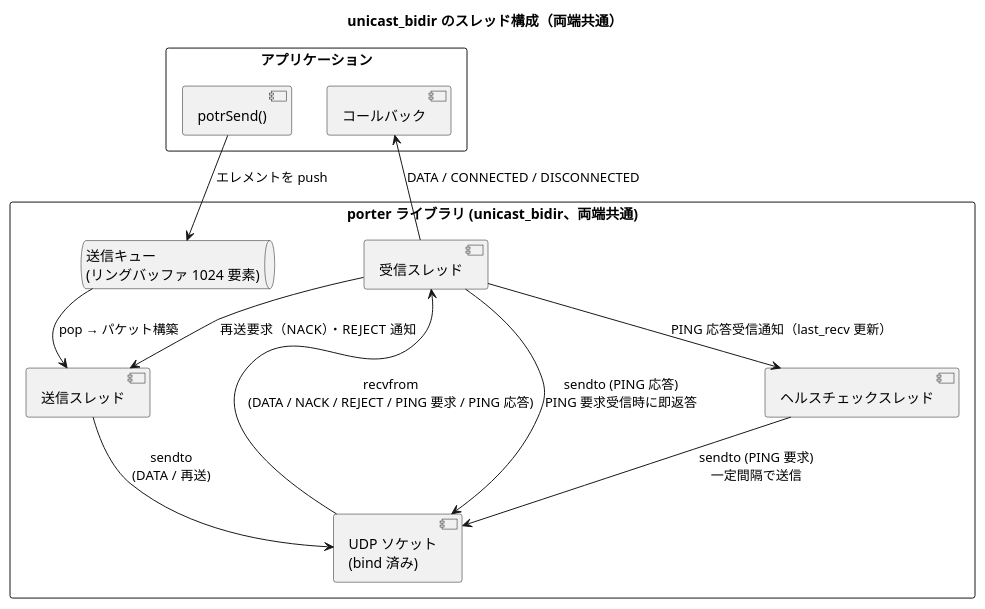
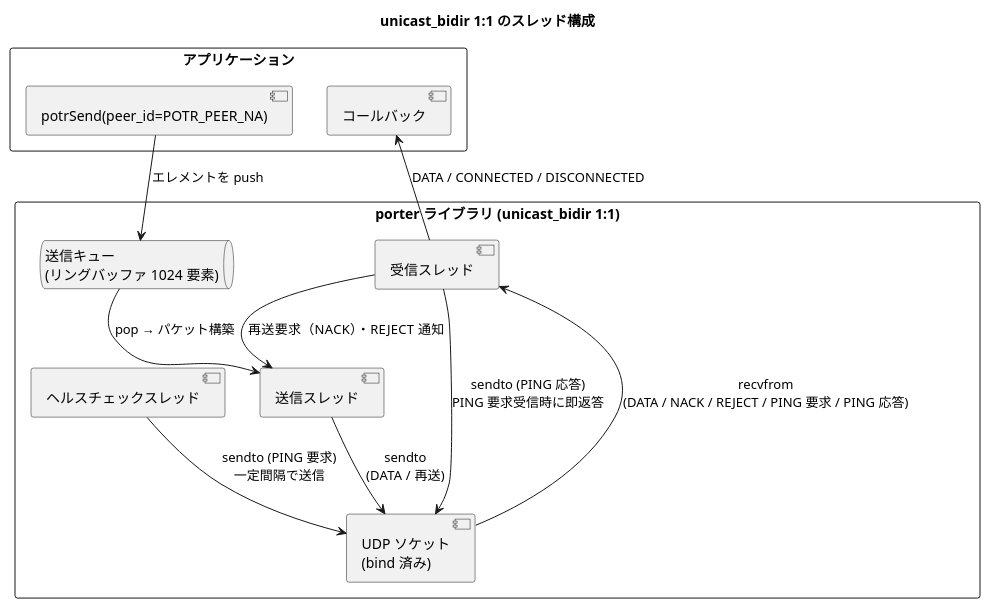
The second of 4 diagrams in prod/porter/docs/architecture.md (Hondarer/c-modernization-kit), drawn with PlantUML before and after one commit. The commit also changed other lines of this file and 13 other files, not shown here.

````diff
--- a/prod/porter/docs/architecture.md
+++ b/prod/porter/docs/architecture.md
@@ -85,28 +89,27 @@
 ```plantuml
-@startuml unicast_bidir スレッド構成
-title unicast_bidir のスレッド構成（両端共通）
+@startuml unicast_bidir 1to1 スレッド構成
+title unicast_bidir 1:1 のスレッド構成
 
 rectangle "アプリケーション" {
-  [potrSend()]
+  [potrSend(peer_id=POTR_PEER_NA)]
   [コールバック]
 }
 
-rectangle "porter ライブラリ (unicast_bidir、両端共通)" {
+rectangle "porter ライブラリ (unicast_bidir 1:1)" {
   queue "送信キュー\n(リングバッファ 1024 要素)" as Q
   [送信スレッド] as ST
   [受信スレッド] as RT
   [ヘルスチェックスレッド] as HT
   [UDP ソケット\n(bind 済み)] as SOCK
 }
 
-[potrSend()] --> Q : エレメントを push
+[potrSend(peer_id=POTR_PEER_NA)] --> Q : エレメントを push
 Q --> ST : pop → パケット構築
 ST --> SOCK : sendto\n(DATA / 再送)
 HT --> SOCK : sendto (PING 要求)\n一定間隔で送信
 RT <-- SOCK : recvfrom\n(DATA / NACK / REJECT / PING 要求 / PING 応答)
 RT --> ST : 再送要求（NACK）・REJECT 通知
-RT --> HT : PING 応答受信通知（last_recv 更新）
 RT --> SOCK : sendto (PING 応答)\nPING 要求受信時に即返答
 RT --> [コールバック] : DATA / CONNECTED / DISCONNECTED
 @enduml
 ```
````
